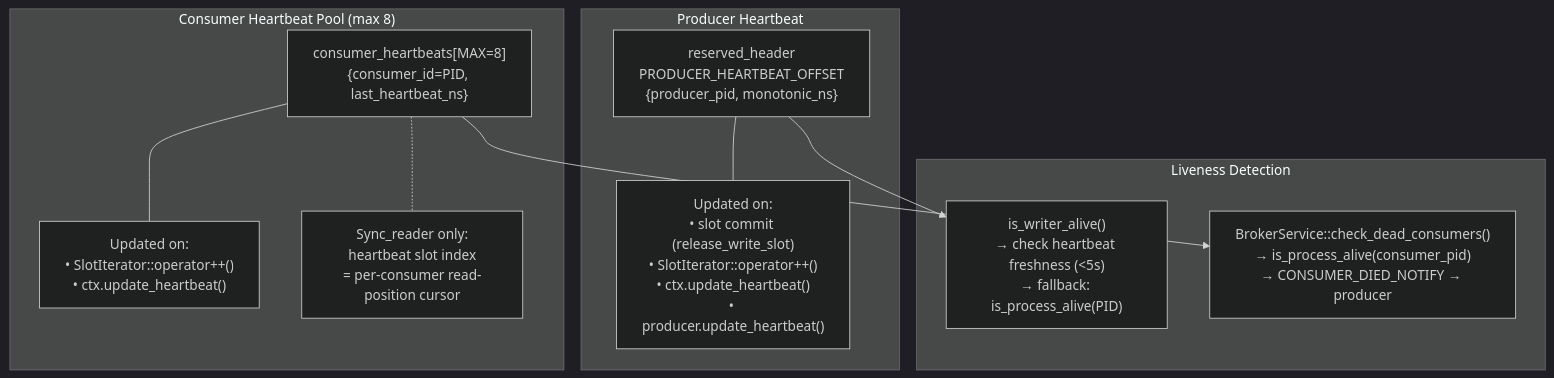
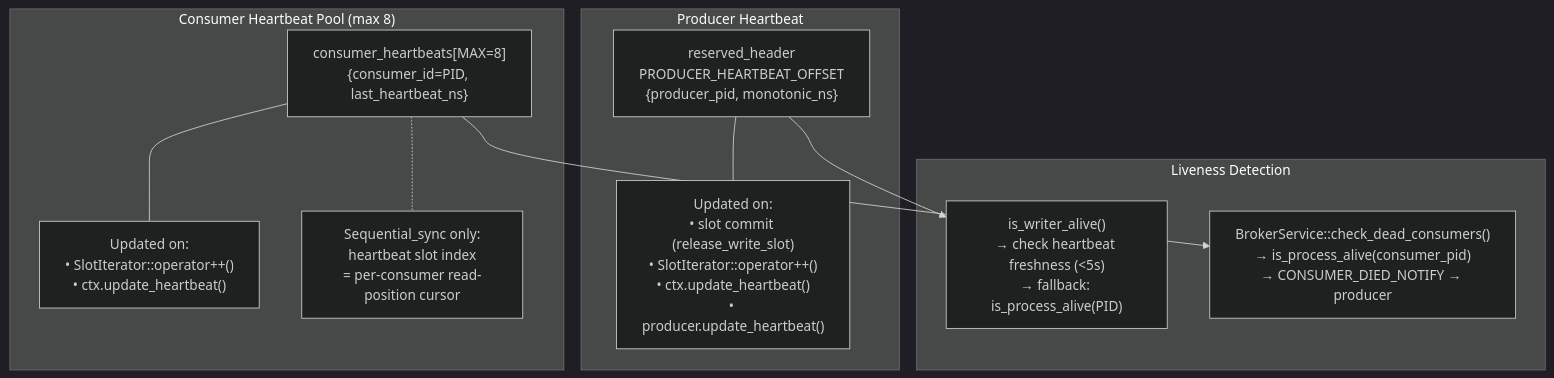
One commit to Qing-LAB/pylabhub changed the fifth of 8 diagrams in cpp/docs/HEP/HEP-CORE-0007-DataHub-Protocol-and-Policy.md. Above: the diagram before and after it, drawn with Mermaid. The commit also changed other lines of this file and 152 other files, not shown here.

````diff
--- a/cpp/docs/HEP/HEP-CORE-0007-DataHub-Protocol-and-Policy.md
+++ b/cpp/docs/HEP/HEP-CORE-0007-DataHub-Protocol-and-Policy.md
@@ -290,24 +290,24 @@
 ```mermaid
 %%{init: {'theme': 'dark'}}%%
 flowchart TD
     subgraph Producer["Producer Heartbeat"]
         PH["reserved_header\nPRODUCER_HEARTBEAT_OFFSET\n{producer_pid, monotonic_ns}"]
         PU["Updated on:\n• slot commit (release_write_slot)\n• SlotIterator::operator++()\n• ctx.update_heartbeat()\n• producer.update_heartbeat()"]
         PH --- PU
     end
 
     subgraph Consumer["Consumer Heartbeat Pool (max 8)"]
         CH["consumer_heartbeats[MAX=8]\n{consumer_id=PID, last_heartbeat_ns}"]
         CU["Updated on:\n• SlotIterator::operator++()\n• ctx.update_heartbeat()"]
-        SR["Sync_reader only:\nheartbeat slot index\n= per-consumer read-position cursor"]
+        SR["Sequential_sync only:\nheartbeat slot index\n= per-consumer read-position cursor"]
         CH --- CU
         CH -.- SR
     end
 
     subgraph Liveness["Liveness Detection"]
         LW["is_writer_alive()\n→ check heartbeat freshness (<5s)\n→ fallback: is_process_alive(PID)"]
         LC["BrokerService::check_dead_consumers()\n→ is_process_alive(consumer_pid)\n→ CONSUMER_DIED_NOTIFY → producer"]
         PH --> LW
         CH --> LC
     end
 ```
````
